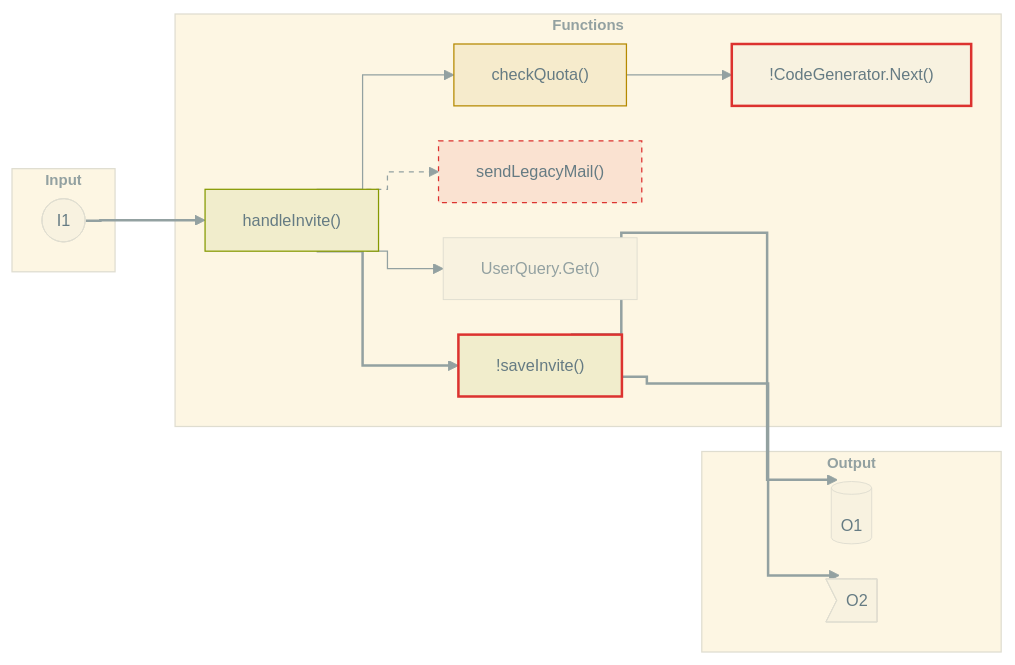
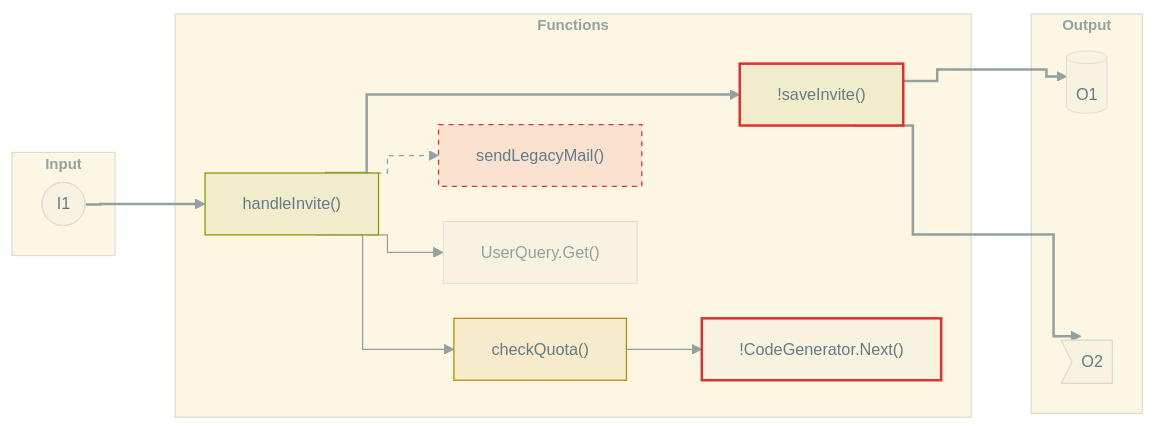
Diagram 14 of 17 in docs/samples/craft-themes.md (gagoar/pr-brief), drawn with Mermaid before and after one commit. The commit also changed other lines of this file, not shown here.

````diff
--- a/docs/samples/craft-themes.md
+++ b/docs/samples/craft-themes.md
@@ -614,39 +642,41 @@
 ```mermaid
 %%{init: {"theme":"base","flowchart":{"curve":"step","nodeSpacing":28,"rankSpacing":48,"diagramPadding":40},"themeVariables":{"darkMode":false,"background":"#fdf6e3","fontFamily":"Inter, Helvetica, Arial","fontSize":"13px","dropShadow":"none","primaryColor":"#f8f2e0","primaryTextColor":"#657b83","primaryBorderColor":"#dfddd0","nodeTextColor":"#657b83","textColor":"#657b83","mainBkg":"#f8f2e0","nodeBorder":"#dfddd0","lineColor":"#93a1a1","clusterBkg":"#fdf6e3","clusterBorder":"#dfddd0","titleColor":"#93a1a1","edgeLabelBackground":"#fdf6e3"}}}%%
 graph LR
   subgraph IN["Input"]
     I1(["I1"])
   end
   subgraph FN["Functions"]
     F1["handleInvite()"]:::added
     F2["checkQuota()"]:::modified
     F3["sendLegacyMail()"]:::removed
     F4["UserQuery.Get()"]:::context
     F5["!CodeGenerator.Next()"]:::risk
     F6["!saveInvite()"]:::riskadded
   end
   subgraph OUT["Output"]
     O1[("O1")]
     O2>"O2"]
   end
   I1 ==> F1
   F1 --> F2
   F1 --> F4
   F2 --> F5
   F1 ==> F6
   F1 -.-> F3
   F6 ==> O1
   F6 ==> O2
+  F5 ~~~ O1
+  F5 ~~~ O2
   classDef default fill:#f8f2e0,stroke:#dfddd0,stroke-width:0.75px,color:#657b83,font-weight:500
   classDef added fill:#f1edcc,stroke:#859900,stroke-width:1px,color:#657b83,font-weight:500
   classDef modified fill:#f6ebcc,stroke:#b58900,stroke-width:1px,color:#657b83,font-weight:500
   classDef removed fill:#fae2d1,stroke:#dc322f,stroke-width:1px,stroke-dasharray:4 4,color:#657b83,font-weight:500
   classDef context fill:#f8f2e0,stroke:#dfddd0,stroke-width:0.75px,color:#93a1a1,font-weight:500
   classDef risk fill:#f8f2e0,stroke:#dc322f,stroke-width:2px,color:#657b83,font-weight:500
   classDef riskadded fill:#f1edcc,stroke:#dc322f,stroke-width:2px,color:#657b83,font-weight:500
   classDef zone fill:#fdf6e3,stroke:#dfddd0,stroke-width:1px,color:#93a1a1,font-weight:600,font-size:12px
   class IN,FN,OUT zone
-  linkStyle default stroke:#93a1a1,stroke-width:1px
+  linkStyle 1,2,3 stroke:#93a1a1,stroke-width:1px
   linkStyle 0,4,6,7 stroke:#93a1a1,stroke-width:2px
   linkStyle 5 stroke:#93a1a1,stroke-width:1px,stroke-dasharray:4 4
 ```
````
